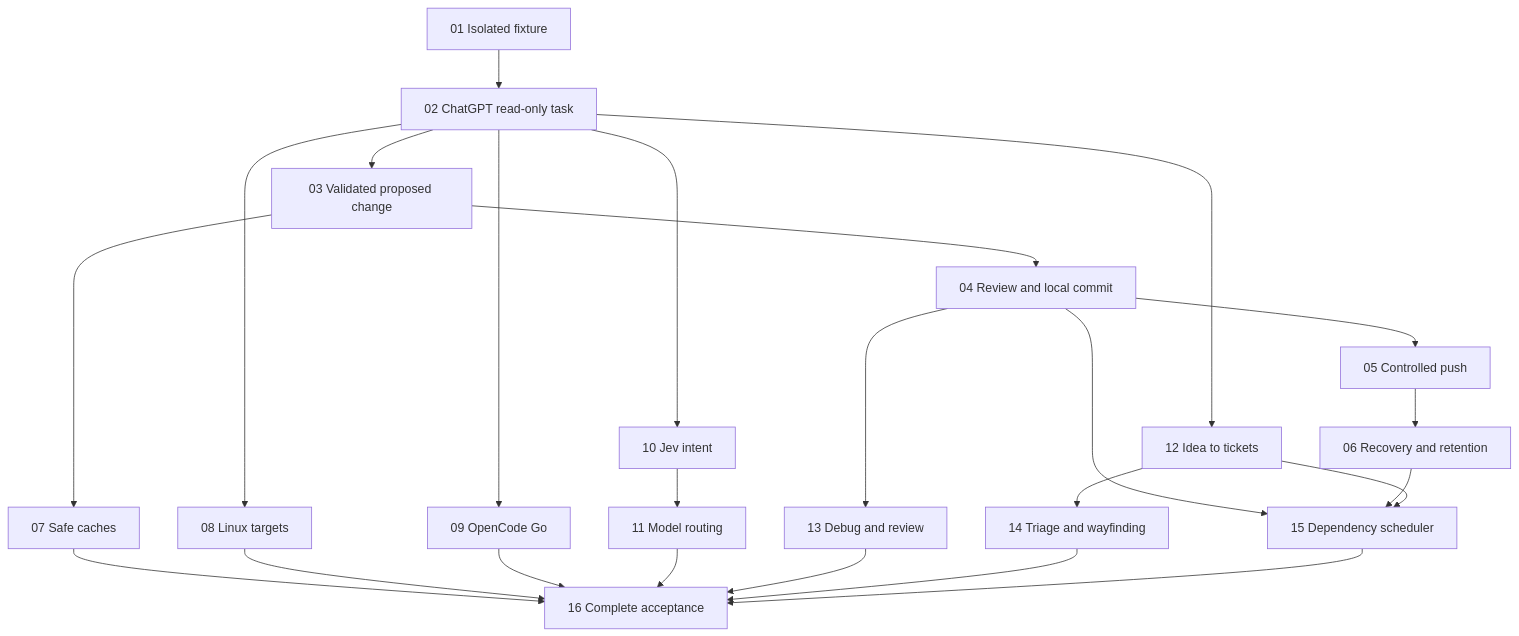
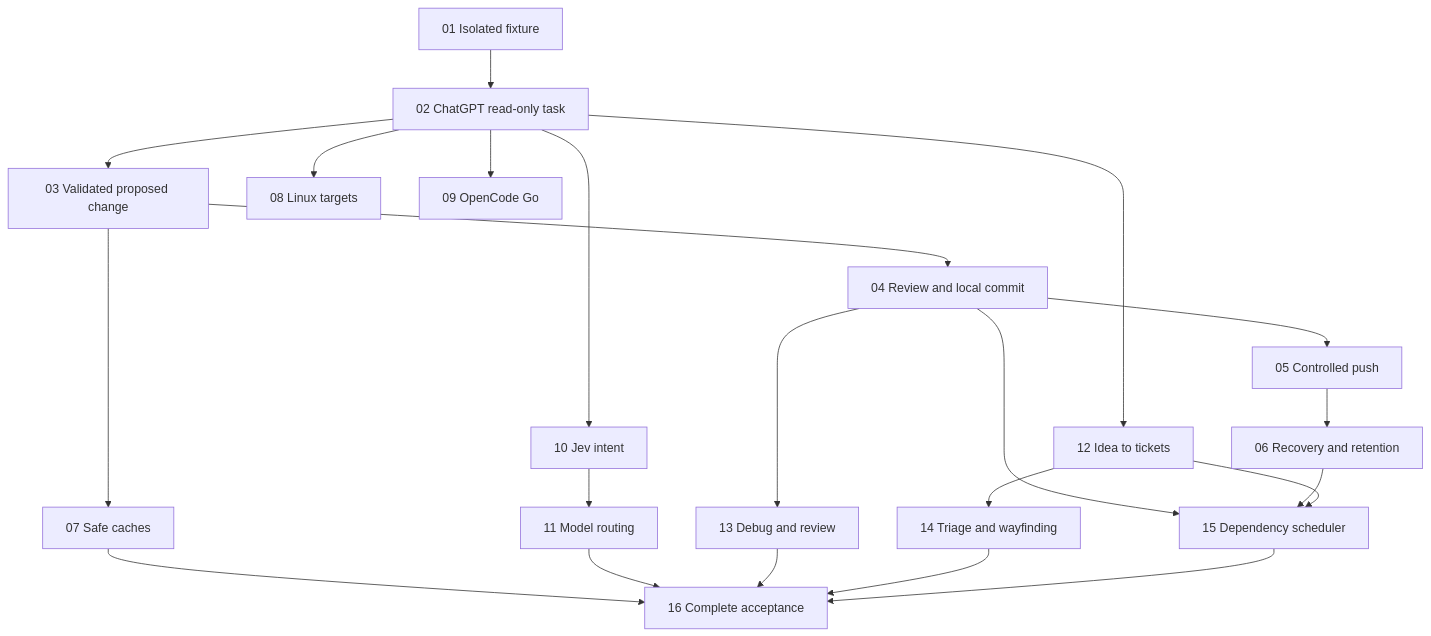
The diagram in .scratch/pi-lead/ticket-proposal.md (tetienne/pi-lead), drawn with Mermaid before and after one commit. The commit also changed other lines of this file and 3 other files, not shown here.

````diff
--- a/.scratch/pi-lead/ticket-proposal.md
+++ b/.scratch/pi-lead/ticket-proposal.md
@@ -30,26 +30,24 @@
 ```mermaid
 flowchart TD
   A[01 Isolated fixture] --> B[02 ChatGPT read-only task]
   B --> C[03 Validated proposed change]
   C --> D[04 Review and local commit]
   D --> E[05 Controlled push]
   E --> F[06 Recovery and retention]
   C --> G[07 Safe caches]
   B --> H[08 Linux targets]
   B --> I[09 OpenCode Go]
   B --> J[10 Jev intent]
   J --> K[11 Model routing]
   B --> L[12 Idea to tickets]
   D --> M[13 Debug and review]
   L --> N[14 Triage and wayfinding]
   D --> O[15 Dependency scheduler]
   F --> O
   L --> O
   G --> P[16 Complete acceptance]
-  H --> P
-  I --> P
   K --> P
   M --> P
   N --> P
   O --> P
 ```
````
